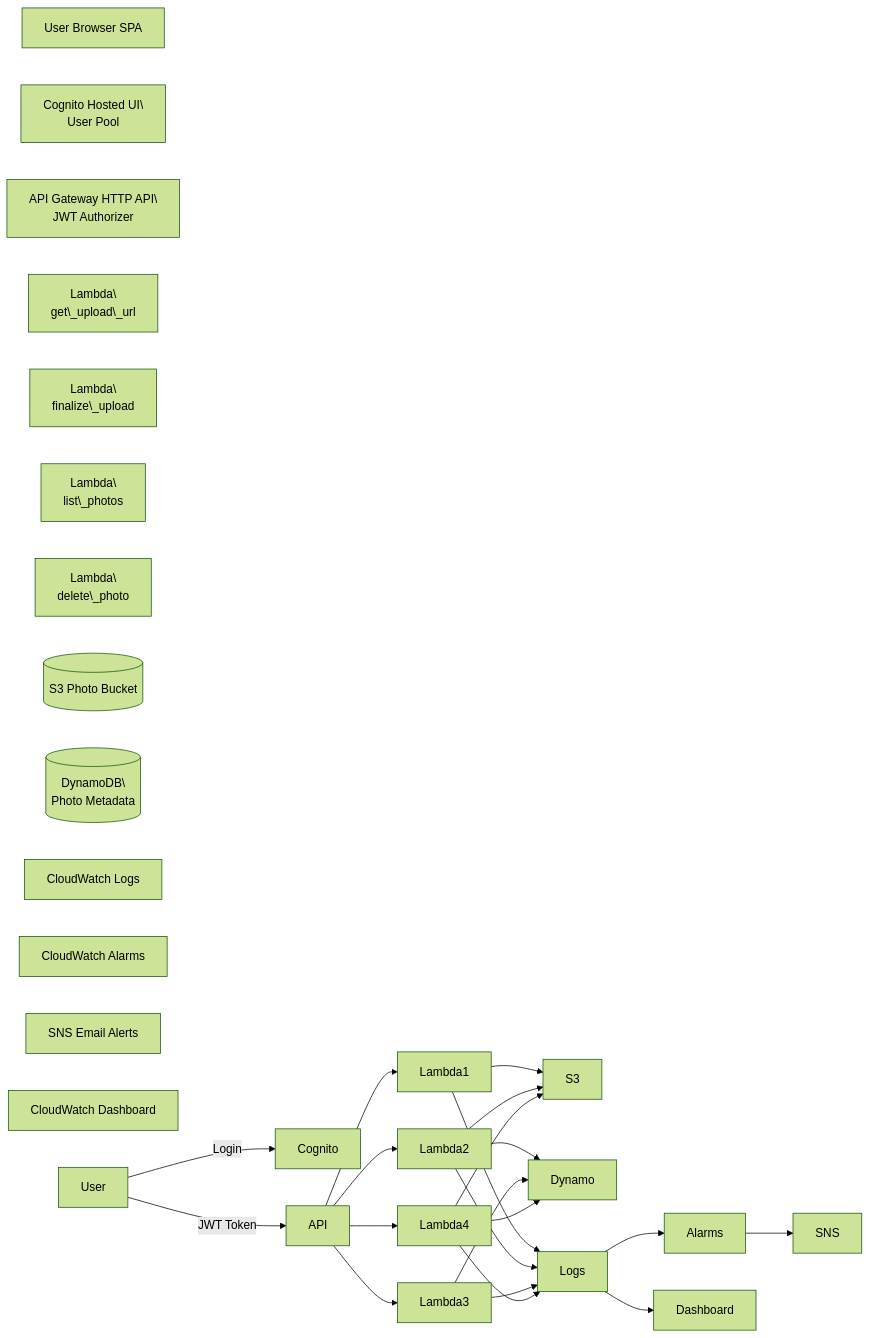
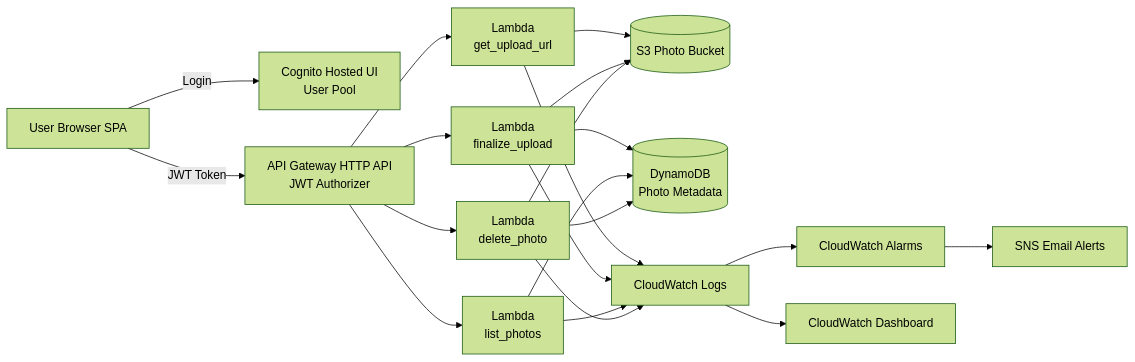
The diagram in README.md (Godfreyv-demo/aws-serverless-photo-platform), drawn with Mermaid (forest theme) before and after one commit. The commit also changed other lines of this file, not shown here.

Commit message:
Update project README with architecture and badges

````diff
--- a/README.md
+++ b/README.md
@@ -81,105 +44,53 @@
 ```mermaid
-
 flowchart LR
 
+User[User Browser SPA]
 
+Cognito[Cognito Hosted UI\nUser Pool]
 
-User\[User Browser SPA]
+API[API Gateway HTTP API\nJWT Authorizer]
 
+Lambda1[Lambda\nget_upload_url]
 
+Lambda2[Lambda\nfinalize_upload]
 
-Cognito\[Cognito Hosted UI\\nUser Pool]
+Lambda3[Lambda\nlist_photos]
 
+Lambda4[Lambda\ndelete_photo]
 
+S3[(S3 Photo Bucket)]
 
-API\[API Gateway HTTP API\\nJWT Authorizer]
+Dynamo[(DynamoDB\nPhoto Metadata)]
 
+Logs[CloudWatch Logs]
 
+Alarms[CloudWatch Alarms]
 
-Lambda1\[Lambda\\nget\_upload\_url]
+SNS[SNS Email Alerts]
 
-
-
-Lambda2\[Lambda\\nfinalize\_upload]
-
-
-
-Lambda3\[Lambda\\nlist\_photos]
-
-
-
-Lambda4\[Lambda\\ndelete\_photo]
-
-
-
-S3\[(S3 Photo Bucket)]
-
-
-
-Dynamo\[(DynamoDB\\nPhoto Metadata)]
-
-
-
-Logs\[CloudWatch Logs]
-
-
-
-Alarms\[CloudWatch Alarms]
-
-
-
-SNS\[SNS Email Alerts]
-
-
-
-Dashboard\[CloudWatch Dashboard]
-
-
+Dashboard[CloudWatch Dashboard]
 
 User -->|Login| Cognito
-
 User -->|JWT Token| API
 
-
-
 API --> Lambda1
-
 API --> Lambda2
-
 API --> Lambda3
-
 API --> Lambda4
 
-
-
 Lambda1 --> S3
-
 Lambda2 --> S3
-
 Lambda2 --> Dynamo
-
 Lambda3 --> Dynamo
-
 Lambda4 --> S3
-
 Lambda4 --> Dynamo
 
-
-
 Lambda1 --> Logs
-
 Lambda2 --> Logs
-
 Lambda3 --> Logs
-
 Lambda4 --> Logs
 
-
-
 Logs --> Alarms
-
 Alarms --> SNS
-
 Logs --> Dashboard
-
 ```
````
